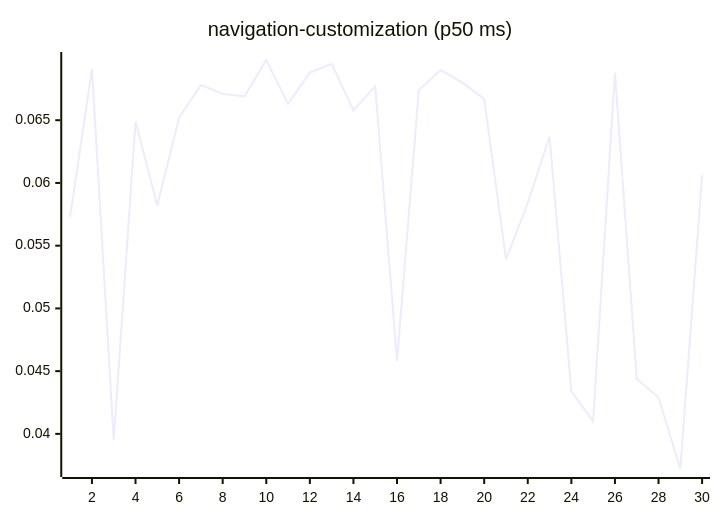
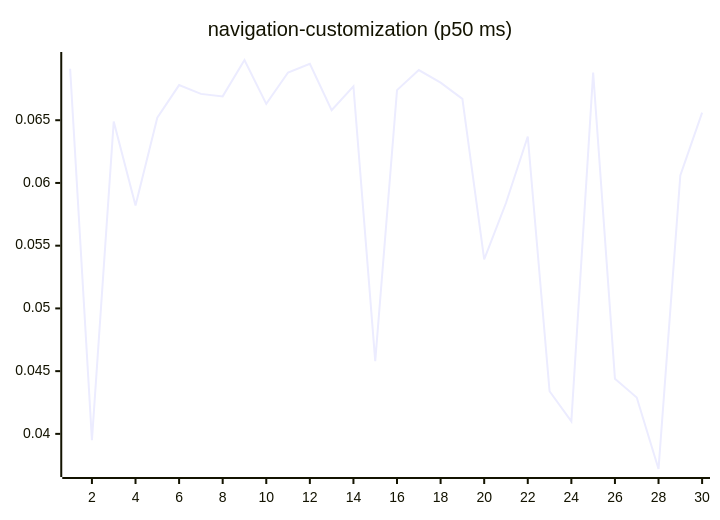
One commit to josha/Facet changed diagram 15 of 27 in README.md. Above: the diagram before and after it, drawn with Mermaid. The commit also changed other lines of this file and 2 other files, not shown here.

````diff
--- a/README.md
+++ b/README.md
@@ -161,6 +161,6 @@
 ```mermaid
 xychart-beta
     title "navigation-customization (p50 ms)"
     x-axis 1 --> 30
-    line [0.0573, 0.0691, 0.0395, 0.0649, 0.0582, 0.0652, 0.0678, 0.0671, 0.0669, 0.0698, 0.0663, 0.0688, 0.0695, 0.0658, 0.0677, 0.0458, 0.0674, 0.0690, 0.0680, 0.0667, 0.0539, 0.0584, 0.0637, 0.0434, 0.0410, 0.0688, 0.0444, 0.0429, 0.0372, 0.0606]
+    line [0.0691, 0.0395, 0.0649, 0.0582, 0.0652, 0.0678, 0.0671, 0.0669, 0.0698, 0.0663, 0.0688, 0.0695, 0.0658, 0.0677, 0.0458, 0.0674, 0.0690, 0.0680, 0.0667, 0.0539, 0.0584, 0.0637, 0.0434, 0.0410, 0.0688, 0.0444, 0.0429, 0.0372, 0.0606, 0.0656]
 ```
````
